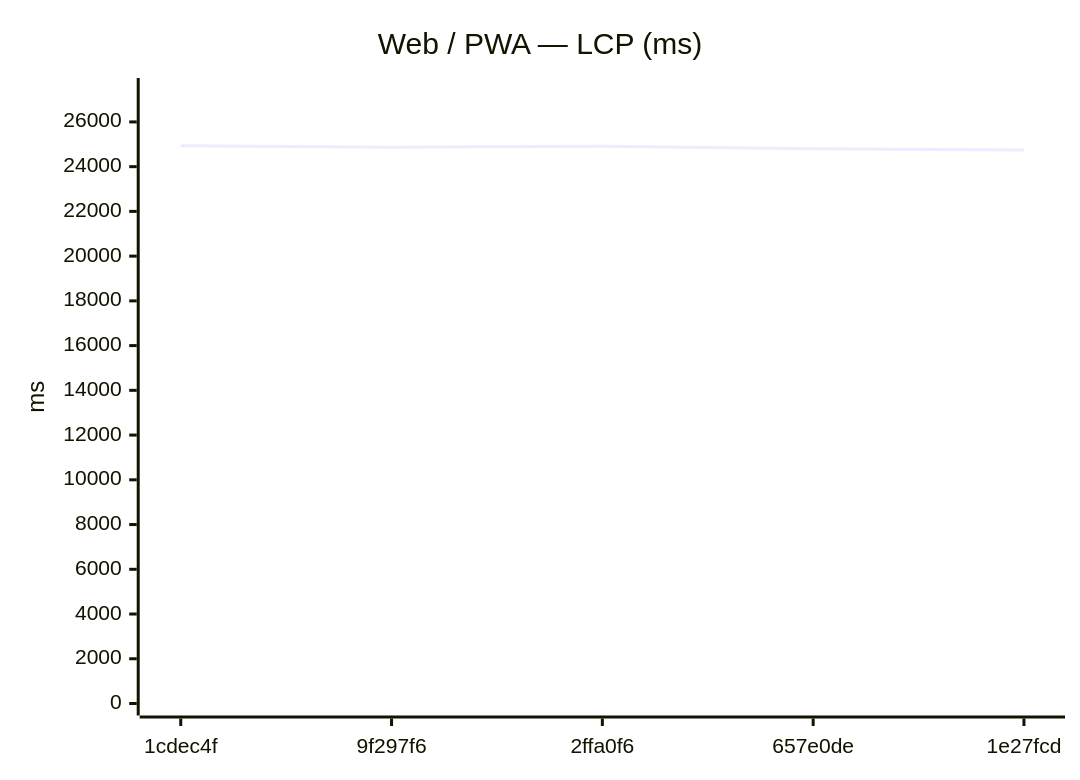
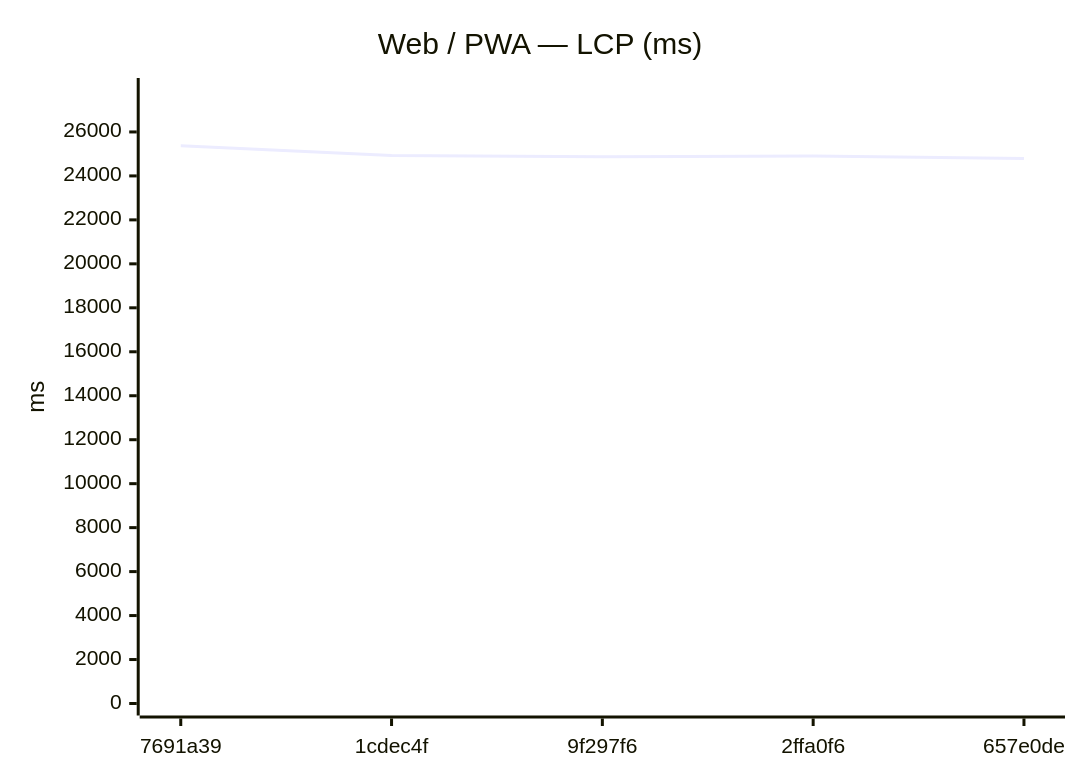
One commit to Metaheurist/Rianell changed the seventh of 18 diagrams in benchmarks/compare.md. Above: the diagram before and after it, drawn with Mermaid. The commit also changed other lines of this file and 11 other files, not shown here.

````diff
--- a/benchmarks/compare.md
+++ b/benchmarks/compare.md
@@ -117,7 +117,7 @@
 ```mermaid
 xychart-beta
     title "Web / PWA — LCP (ms)"
-    x-axis ["1cdec4f", "9f297f6", "2ffa0f6", "657e0de", "1e27fcd"]
-    y-axis "ms" 0 --> 27427
-    line [24933, 24873, 24910, 24797, 24744]
+    x-axis ["7691a39", "1cdec4f", "9f297f6", "2ffa0f6", "657e0de"]
+    y-axis "ms" 0 --> 27908
+    line [25370, 24933, 24873, 24910, 24797]
 ```
````
